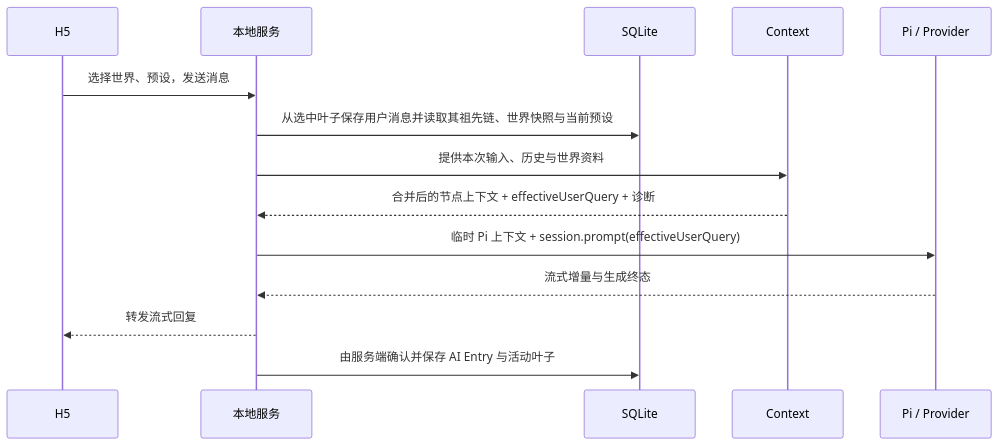
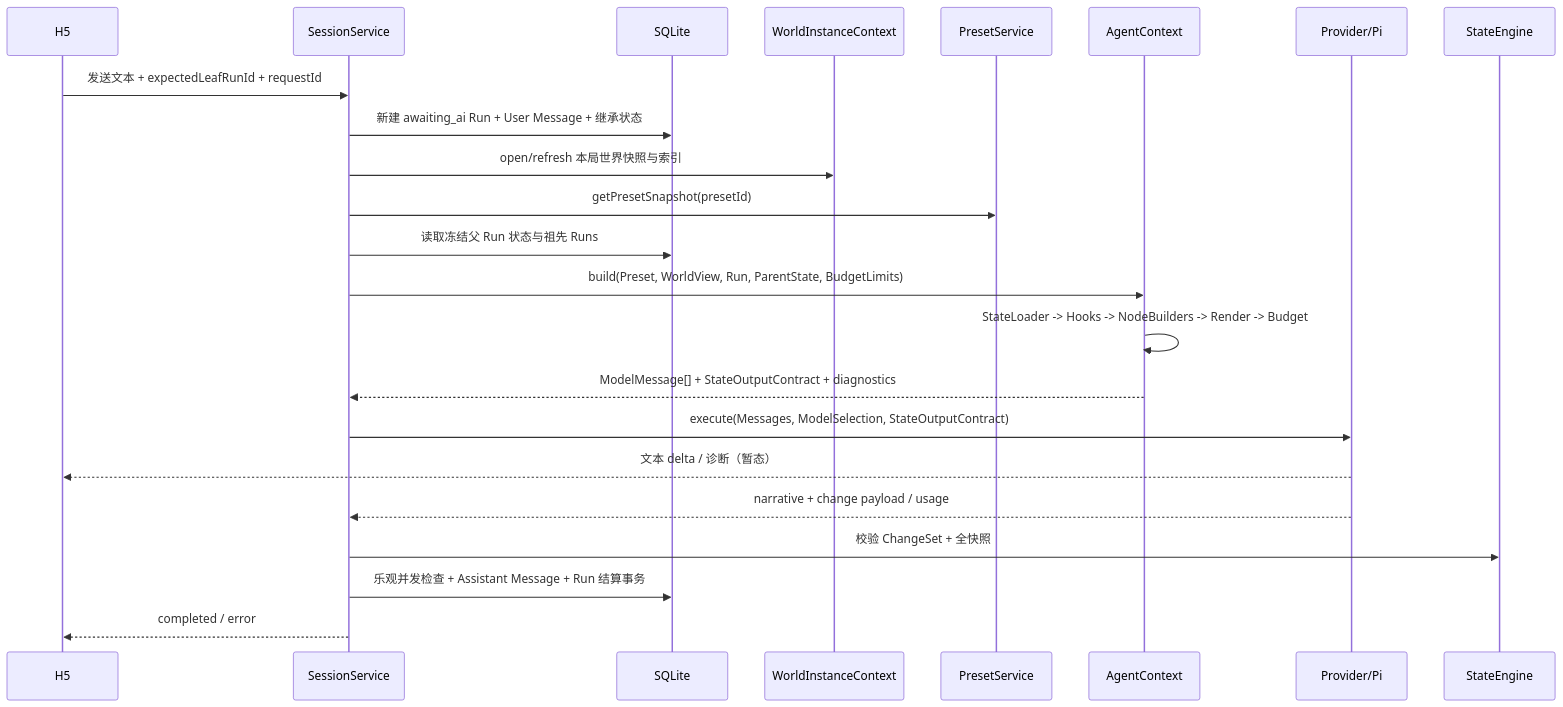
Before and after one commit to huiru-wang/SillyRealms: the second of 2 diagrams in docs/technical/architecture.md, drawn with Mermaid. The commit also changed other lines of this file and 14 other files, not shown here.

Commit message:
docs: 重构预设 Provider 双 Context 与 Run 会话设计

````diff
--- a/docs/technical/architecture.md
+++ b/docs/technical/architecture.md
@@ -65,16 +42,25 @@
-```mermaid
+~~~mermaid
 sequenceDiagram
- participant U as H5
- participant S as 本地服务
- participant D as SQLite
- participant C as Context
- participant A as Pi / Provider
- U->>S: 选择世界、预设，发送消息
- S->>D: 从选中叶子保存用户消息并读取其祖先链、世界快照与当前预设
- S->>C: 提供本次输入、历史与世界资料
- C-->>S: 合并后的节点上下文 + effectiveUserQuery + 诊断
- S->>A: 临时 Pi 上下文 + session.prompt(effectiveUserQuery)
- A-->>S: 流式增量与生成终态
- S-->>U: 转发流式回复
- S->>D: 由服务端确认并保存 AI Entry 与活动叶子
-```
+ participant UI as H5
+ participant S as SessionService
+ participant DB as SQLite
+ participant W as WorldInstanceContext
+ participant P as PresetService
+ participant C as AgentContext
+ participant M as Provider/Pi
+ participant E as StateEngine
+ UI->>S: 发送文本 + expectedLeafRunId + requestId
+ S->>DB: 新建 awaiting_ai Run + User Message + 继承状态
+ S->>W: open/refresh 本局世界快照与索引
+ S->>P: getPresetSnapshot(presetId)
+ S->>DB: 读取冻结父 Run 状态与祖先 Runs
+ S->>C: build(Preset, WorldView, Run, ParentState, BudgetLimits)
+ C->>C: StateLoader -> Hooks -> NodeBuilders -> Render -> Budget
+ C-->>S: ModelMessage[] + StateOutputContract + diagnostics
+ S->>M: execute(Messages, ModelSelection, StateOutputContract)
+ M-->>UI: 文本 delta / 诊断（暂态）
+ M-->>S: narrative + change payload / usage
+ S->>E: 校验 ChangeSet + 全快照
+ S->>DB: 乐观并发检查 + Assistant Message + Run 结算事务
+ S-->>UI: completed / error
+~~~
````
